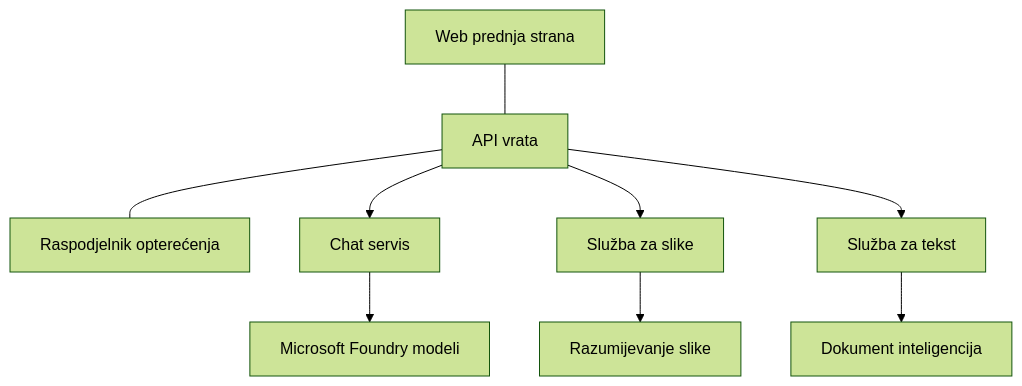
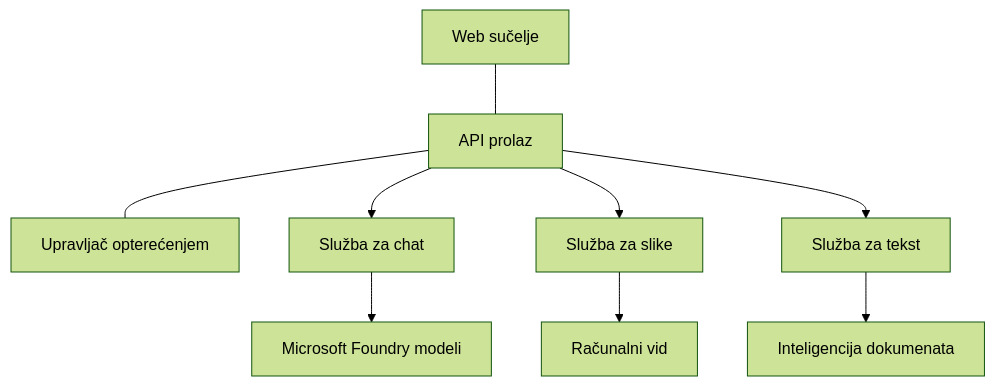
One commit to microsoft/AZD-for-beginners changed the diagram in translations/hr/docs/chapter-08-production/production-ai-practices.md. Above: the diagram before and after it, drawn with Mermaid (forest theme). The commit also changed other lines of this file and 101 other files, not shown here.

````diff
--- a/translations/hr/docs/chapter-08-production/production-ai-practices.md
+++ b/translations/hr/docs/chapter-08-production/production-ai-practices.md
@@ -30,10 +30,10 @@
 ```mermaid
 graph TD
-    Frontend[Web prednja strana] --- Gateway[API vrata] --- LB[Raspodjelnik opterećenja]
-    Gateway --> Chat[Chat servis]
+    Frontend[Web sučelje] --- Gateway[API prolaz] --- LB[Upravljač opterećenjem]
+    Gateway --> Chat[Služba za chat]
     Gateway --> Image[Služba za slike]
     Gateway --> Text[Služba za tekst]
     Chat --> OpenAI[Microsoft Foundry modeli]
-    Image --> Vision[Razumijevanje slike]
-    Text --> DocIntel[Dokument inteligencija]
+    Image --> Vision[Računalni vid]
+    Text --> DocIntel[Inteligencija dokumenata]
 ```
````
